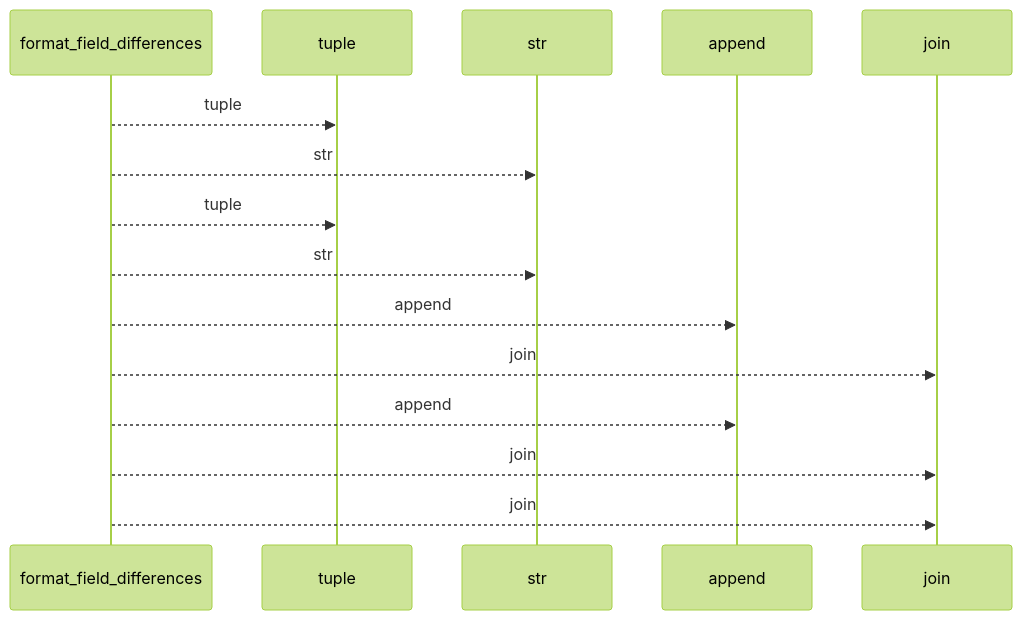
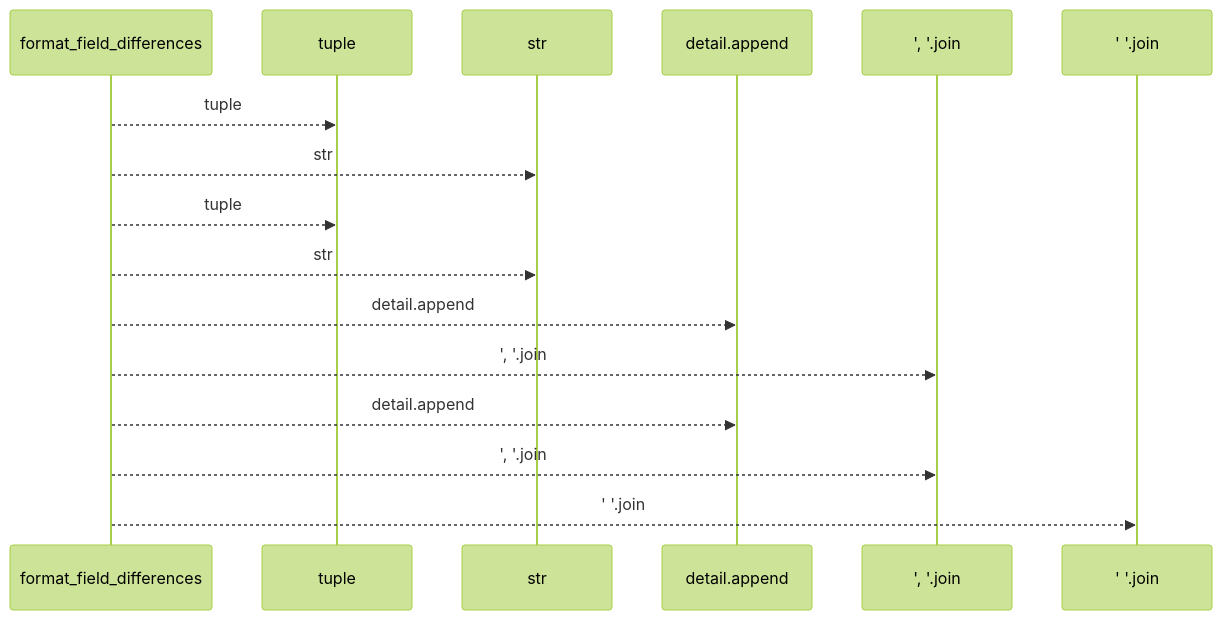
Before and after one commit to Denissvgn/python-wiki-llm: the first of 2 diagrams in docs/llm_wiki/flows/api-format_field_differences.md, drawn with Mermaid (forest theme). The commit also changed other lines of this file and 719 other files, not shown here.

````diff
--- a/docs/llm_wiki/flows/api-format_field_differences.md
+++ b/docs/llm_wiki/flows/api-format_field_differences.md
@@ -10,17 +10,18 @@
 ```mermaid
 sequenceDiagram
     participant p0 as format_field_differences
     participant p1 as tuple
     participant p2 as str
-    participant p3 as append
-    participant p4 as join
+    participant p3 as detail.append
+    participant p4 as ', '.join
+    participant p5 as ' '.join
     p0-->>p1: tuple
     p0-->>p2: str
     p0-->>p1: tuple
     p0-->>p2: str
-    p0-->>p3: append
-    p0-->>p4: join
-    p0-->>p3: append
-    p0-->>p4: join
-    p0-->>p4: join
+    p0-->>p3: detail.append
+    p0-->>p4: ', '.join
+    p0-->>p3: detail.append
+    p0-->>p4: ', '.join
+    p0-->>p5: ' '.join
 ```
````
